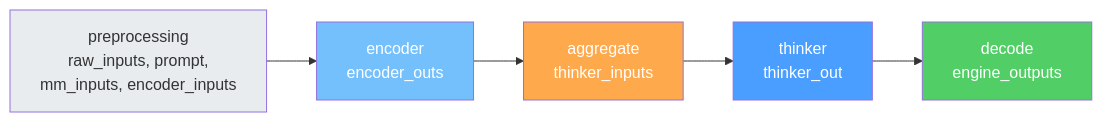
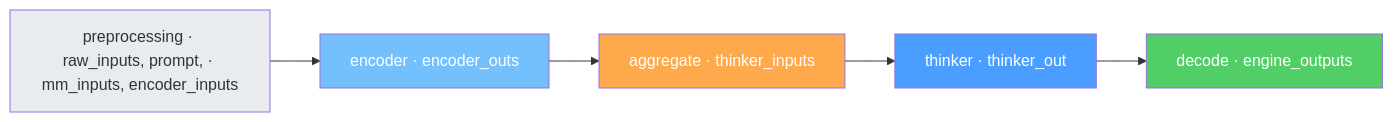
One commit to zhaochenyang20/Awesome-ML-SYS-Tutorial changed diagram 27 of 27 in sglang/sglang-omni/README.md. Above: the diagram before and after it, drawn with Mermaid. The commit also changed other lines of this file, not shown here.

First line of the commit message:
docs(sglang-omni): use single-line mermaid labels and redraw multi-model diagram with subgraphs

````diff
--- a/sglang/sglang-omni/README.md
+++ b/sglang/sglang-omni/README.md
@@ -1050,16 +1034,10 @@
 ```mermaid
 graph LR
-    Pre["`preprocessing
-raw_inputs, prompt,
-mm_inputs, encoder_inputs`"] --> Enc["`encoder
-encoder_outs`"] --> Agg["`aggregate
-thinker_inputs`"] --> Th["`thinker
-thinker_out`"] --> Dec["`decode
-engine_outputs`"]
+    Pre["preprocessing · raw_inputs, prompt, · mm_inputs, encoder_inputs"] --> Enc["encoder · encoder_outs"] --> Agg["aggregate · thinker_inputs"] --> Th["thinker · thinker_out"] --> Dec["decode · engine_outputs"]
 
     style Pre fill:#e9ecef,color:#333
     style Enc fill:#74c0fc,color:#fff
     style Agg fill:#ffa94d,color:#fff
     style Th fill:#4a9eff,color:#fff
     style Dec fill:#51cf66,color:#fff
 ```
````
